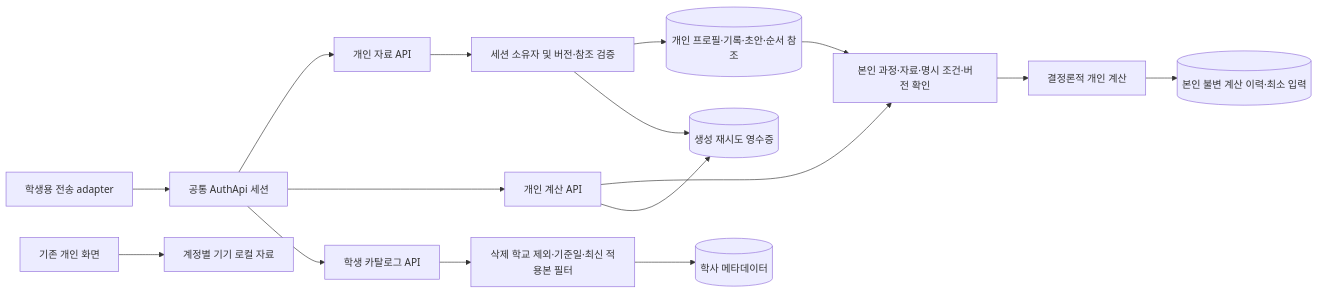
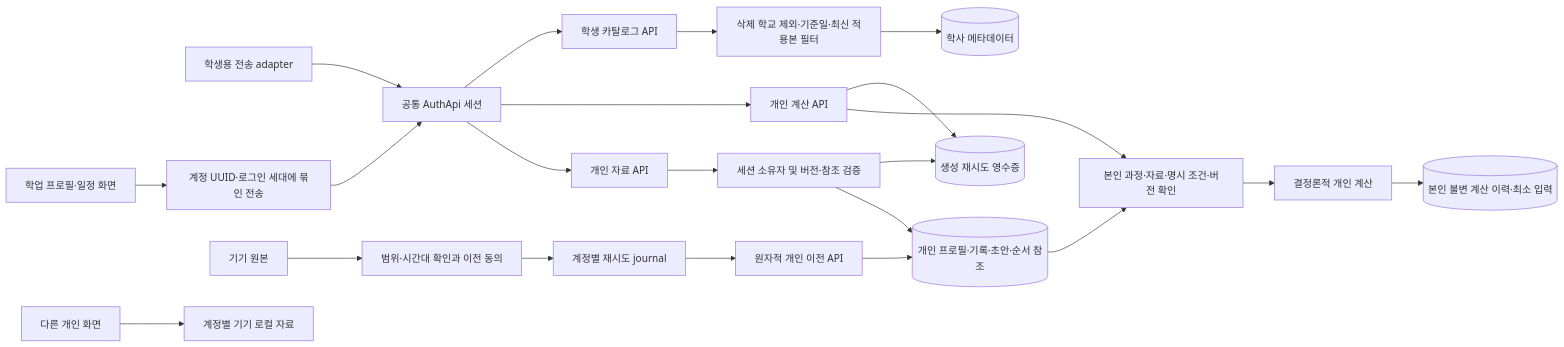
The seventh of 11 diagrams in docs/architecture-erd.md (product04231125/UNIPATH), drawn with Mermaid before and after one commit. The commit also changed other lines of this file and 31 other files, not shown here.

````diff
--- a/docs/architecture-erd.md
+++ b/docs/architecture-erd.md
@@ -180,18 +177,24 @@
 ```mermaid
 flowchart LR
     Client[학생용 전송 adapter] --> Auth[공통 AuthApi 세션]
     Auth --> Me[개인 자료 API]
     Me --> Owner[세션 소유자 및 버전·참조 검증]
     Owner --> Personal[(개인 프로필·기록·초안·순서 참조)]
     Owner --> Receipt[(생성 재시도 영수증)]
     Auth --> Calculation[개인 계산 API]
     Calculation --> PrivateGuard[본인 과정·자료·명시 조건·버전 확인]
     Personal --> PrivateGuard
     PrivateGuard --> Engine[결정론적 개인 계산]
     Engine --> Snapshots[(본인 불변 계산 이력·최소 입력)]
     Calculation --> Receipt
     Auth --> Catalog[학생 카탈로그 API]
     Catalog --> Published[삭제 학교 제외·기준일·최신 적용본 필터]
     Published --> Academic[(학사 메타데이터)]
-    Existing[기존 개인 화면] --> Local[계정별 기기 로컬 자료]
+    Planning[학업 프로필·일정 화면] --> Bound[계정 UUID·로그인 세대에 묶인 전송]
+    Bound --> Auth
+    Legacy[기기 원본] --> Consent[범위·시간대 확인과 이전 동의]
+    Consent --> Journal[계정별 재시도 journal]
+    Journal --> Import[원자적 개인 이전 API]
+    Import --> Personal
+    Existing[다른 개인 화면] --> Local[계정별 기기 로컬 자료]
 ```
````
